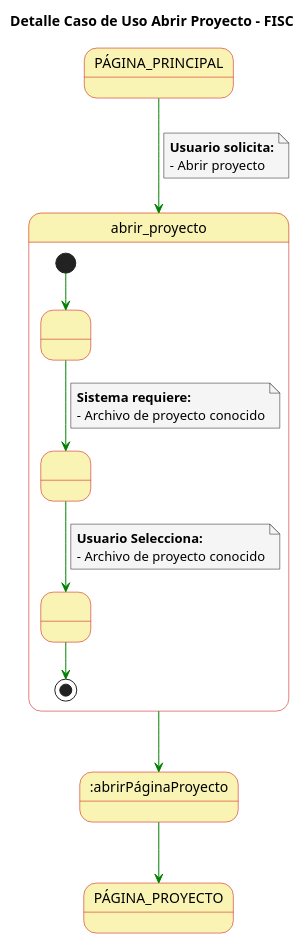
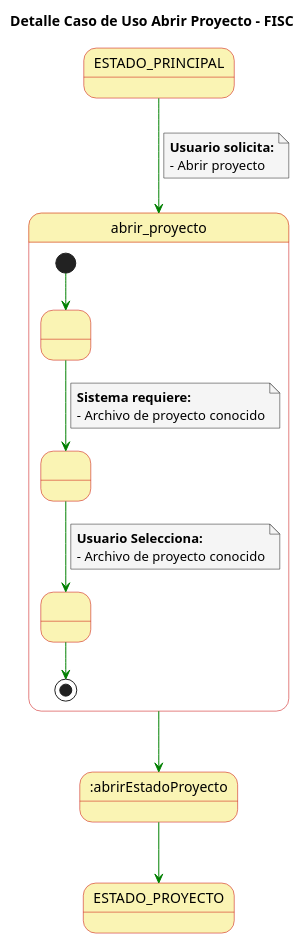
One commit to mmasias/23-24-IdSw1-SDR changed the diagram in casosDeUso/detallesCasosUso/detalleCasoUsoAbrirProyecto.puml. Above: the diagram before and after it, drawn with PlantUML. The commit also changed 3 other files, not shown here.

```diff
--- a/casosDeUso/detallesCasosUso/detalleCasoUsoAbrirProyecto.puml
+++ b/casosDeUso/detallesCasosUso/detalleCasoUsoAbrirProyecto.puml
@@ -1,47 +1,47 @@
 @startuml
 
 skinparam state {
   BackgroundColor #faf4b4
   BorderColor #c90000
 }
 
 skinparam note {
   BackgroundColor #f5f5f5
 }
 
 skinparam linetype polyline
 
 title Detalle Caso de Uso Abrir Proyecto - FISC
 
 
-PÁGINA_PRINCIPAL -[#green]-> abrir_proyecto
+ESTADO_PRINCIPAL -[#green]-> abrir_proyecto
 note on link
   **Usuario solicita:**
   - Abrir proyecto
 end note
 
 state abrir_proyecto{
   state 1 as " "
   state 2 as " "
   state 3 as " "
   
   [*] -[#green]-> 1
   1 -[#green]-> 2
   note on link
       **Sistema requiere:**
       - Archivo de proyecto conocido
   end note
   2 -[#green]-> 3
   note on link
     **Usuario Selecciona:**
     - Archivo de proyecto conocido
   end note
  
   3 -[#green]-> [*]
 }
 
-abrir_proyecto-[#green]-> :abrirPáginaProyecto
+abrir_proyecto-[#green]-> :abrirEstadoProyecto
 
-:abrirPáginaProyecto -[#green]-> PÁGINA_PROYECTO
+:abrirEstadoProyecto -[#green]-> ESTADO_PROYECTO
 
 @enduml
```
